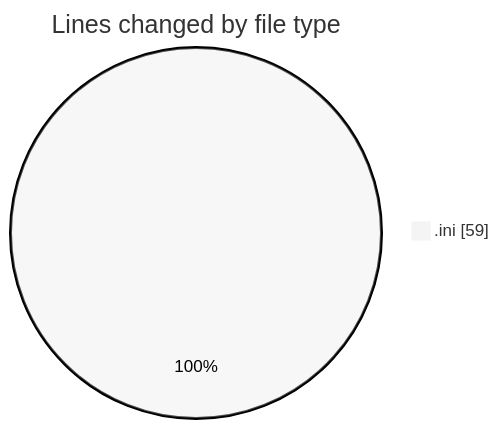
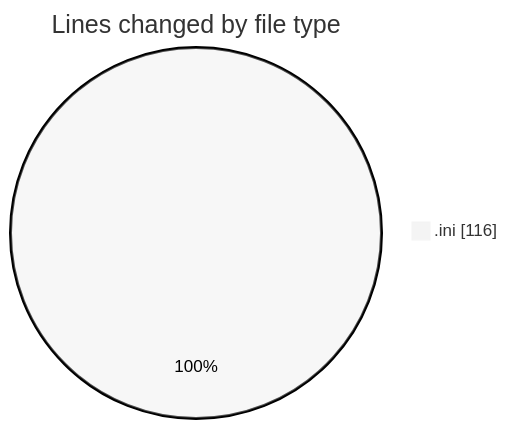
Before and after one commit to Netris89/code-tracking: the first of 2 diagrams in 2025-08-27/data/README.md, drawn with Mermaid (neutral theme). The commit also changed other lines of this file and 1 other file, not shown here.

````diff
--- a/2025-08-27/data/README.md
+++ b/2025-08-27/data/README.md
@@ -20,5 +21,5 @@
 ```mermaid
 pie showData
 title Lines changed by file type
-".ini" : 59
+".ini" : 116
 ```
````
